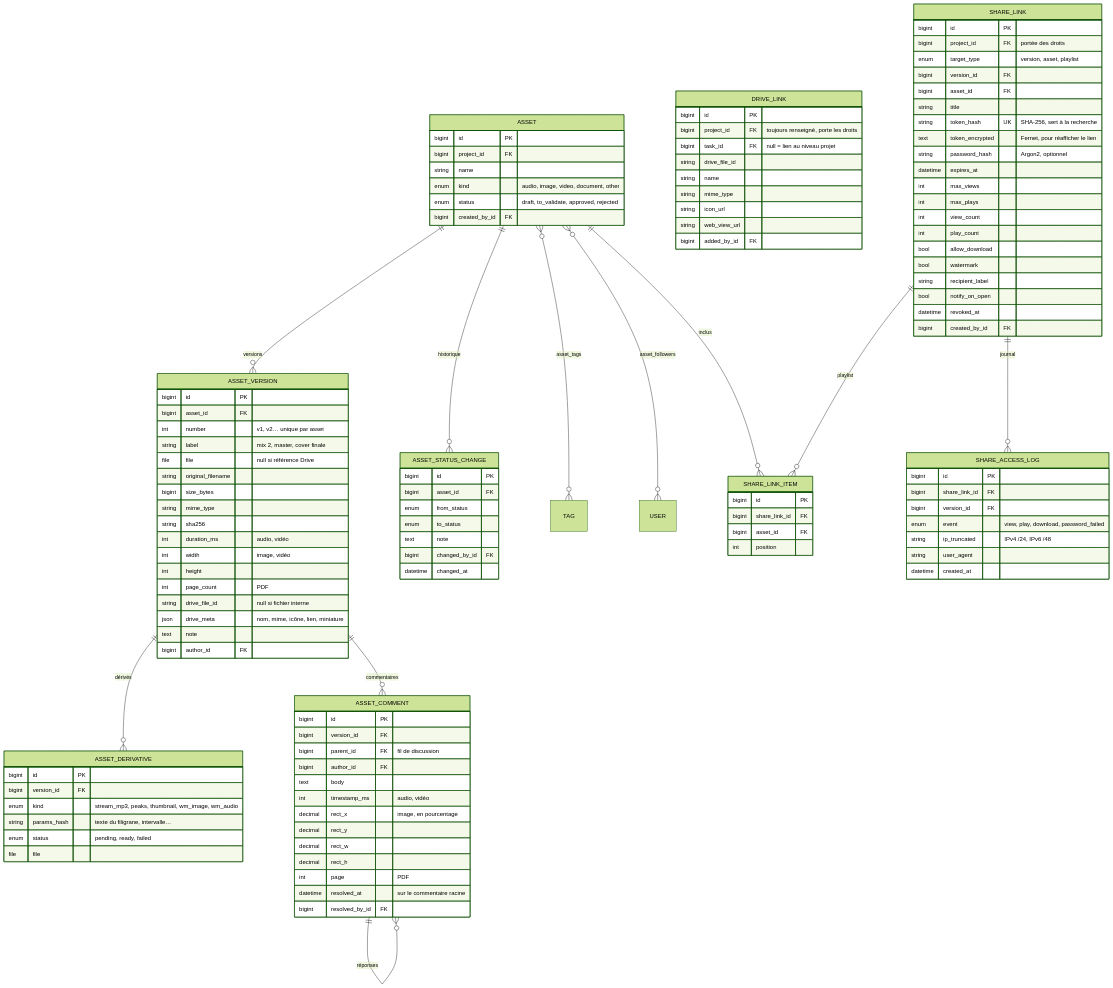
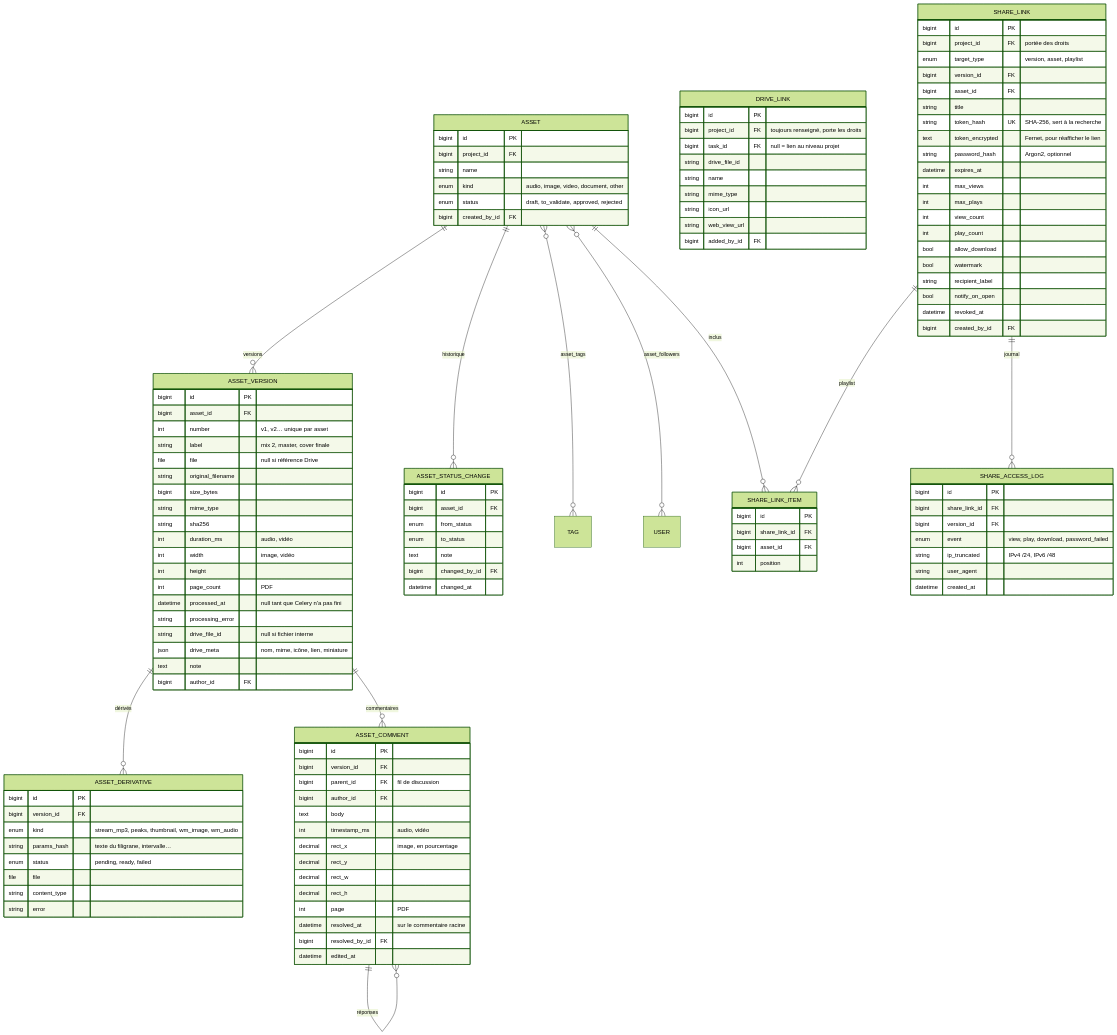
One commit to lucagslr/sobased changed the fifth of 7 diagrams in DATABASE_SCHEMA.md. Above: the diagram before and after it, drawn with Mermaid (forest theme). The commit also changed other lines of this file and 61 other files, not shown here.

```diff
--- a/DATABASE_SCHEMA.md
+++ b/DATABASE_SCHEMA.md
@@ -349,6 +349,8 @@
         int width "image, vidéo"
         int height
         int page_count "PDF"
+        datetime processed_at "null tant que Celery n'a pas fini"
+        string processing_error
         string drive_file_id "null si fichier interne"
         json drive_meta "nom, mime, icône, lien, miniature"
         text note
@@ -361,6 +363,8 @@
         string params_hash "texte du filigrane, intervalle…"
         enum status "pending, ready, failed"
         file file
+        string content_type
+        string error
     }
     ASSET_COMMENT {
         bigint id PK
@@ -376,6 +380,7 @@
         int page "PDF"
         datetime resolved_at "sur le commentaire racine"
         bigint resolved_by_id FK
+        datetime edited_at
     }
     ASSET_STATUS_CHANGE {
         bigint id PK
```
